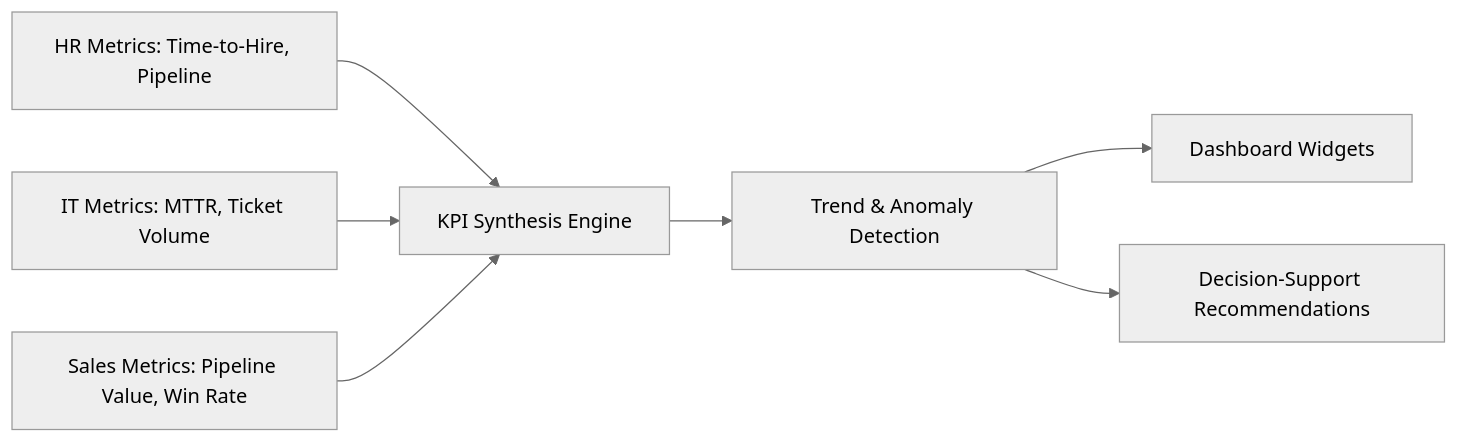
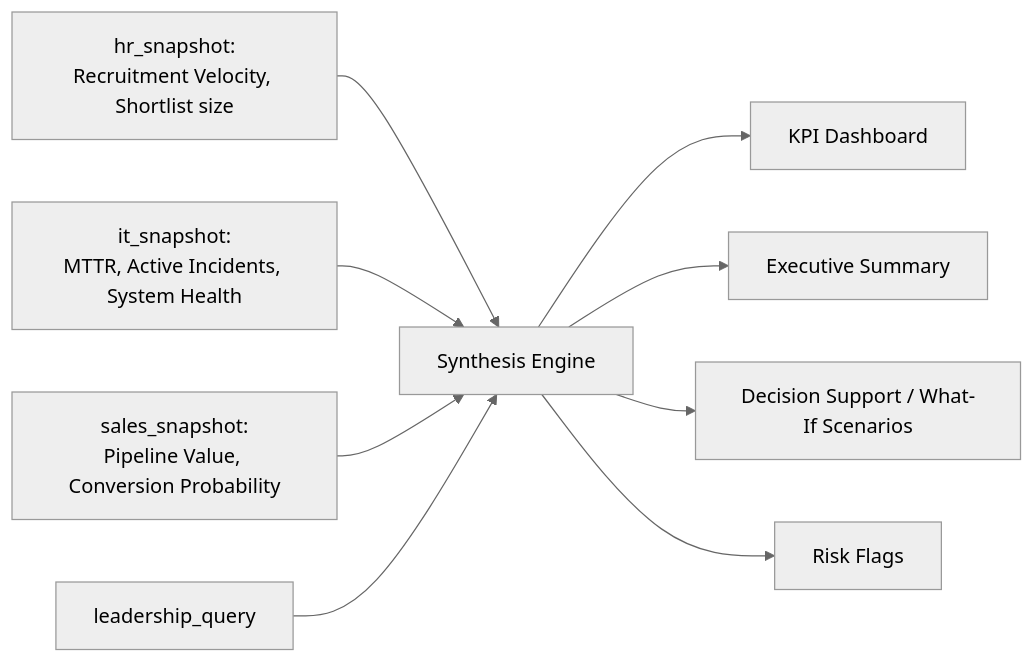
Before and after one commit to HarshSinha-1/Multi_agent_orchestration_purposive: the sixth of 7 diagrams in README.md, drawn with Mermaid (neutral theme). The commit also changed other lines of this file, not shown here.

````diff
--- a/README.md
+++ b/README.md
@@ -150,9 +156,11 @@
 ```mermaid
 flowchart LR
-    A[HR Metrics: Time-to-Hire, Pipeline] --> D[KPI Synthesis Engine]
-    B[IT Metrics: MTTR, Ticket Volume] --> D
-    C[Sales Metrics: Pipeline Value, Win Rate] --> D
-    D --> E[Trend & Anomaly Detection]
-    E --> F[Dashboard Widgets]
-    E --> G[Decision-Support Recommendations]
+    A[hr_snapshot:<br/>Recruitment Velocity, Shortlist size] --> D[Synthesis Engine]
+    B[it_snapshot:<br/>MTTR, Active Incidents, System Health] --> D
+    C[sales_snapshot:<br/>Pipeline Value, Conversion Probability] --> D
+    E[leadership_query] --> D
+    D --> F[KPI Dashboard]
+    D --> G[Executive Summary]
+    D --> H[Decision Support / What-If Scenarios]
+    D --> I[Risk Flags]
 ```
````
